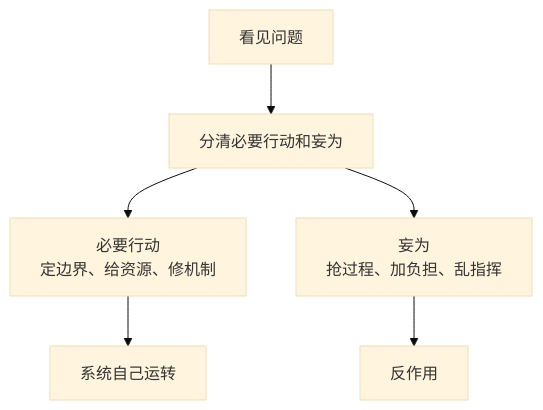
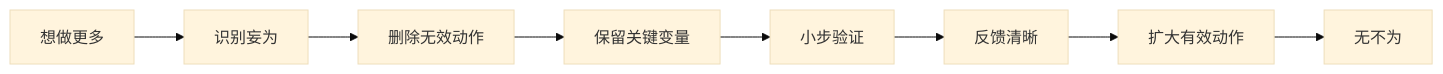
The third of 3 diagrams in 202605/20260518_36.md (digoal/blog), drawn with Mermaid (base theme) before and after one commit. The commit also changed other lines of this file and 26 other files, not shown here.

````diff
--- a/202605/20260518_36.md
+++ b/202605/20260518_36.md
@@ -21,8 +203,10 @@
 ```mermaid
-flowchart TD
-  A["看见问题"] --> B["分清必要行动和妄为"]
-  B --> C["必要行动<br/>定边界、给资源、修机制"]
-  B --> D["妄为<br/>抢过程、加负担、乱指挥"]
-  C --> E["系统自己运转"]
-  D --> F["反作用"]
+flowchart LR
+  A["想做更多"] --> B["识别妄为"]
+  B --> C["删除无效动作"]
+  C --> D["保留关键变量"]
+  D --> E["小步验证"]
+  E --> F["反馈清晰"]
+  F --> G["扩大有效动作"]
+  G --> H["无不为"]
 ```
````
